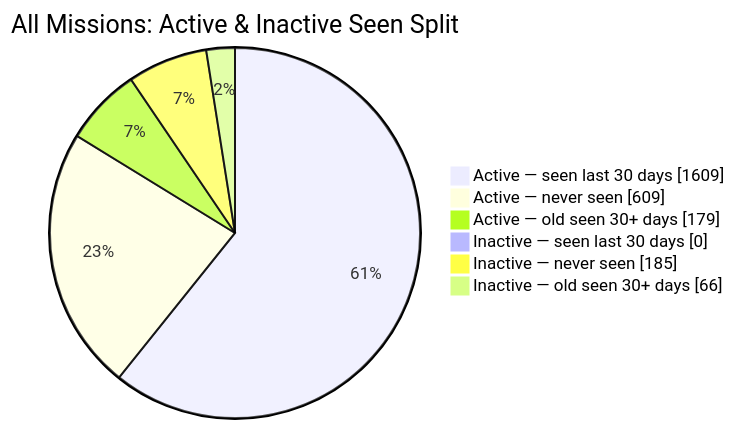
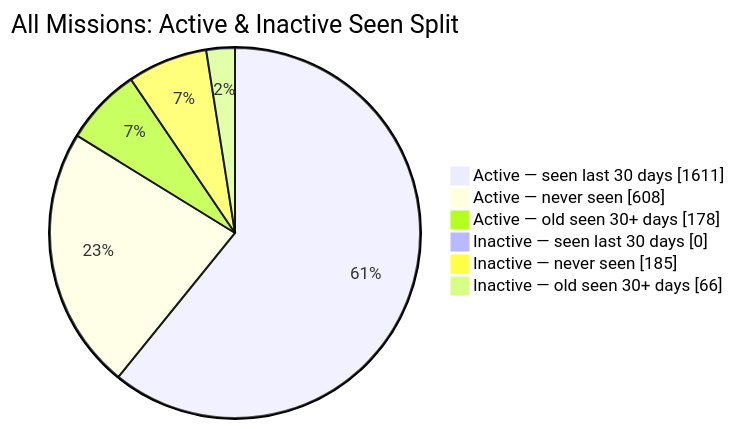
One commit to MeldkamerspelGameTeam/active-missions changed the second of 2 diagrams in README.md. Above: the diagram before and after it, drawn with Mermaid. The commit also changed other lines of this file and 3 other files, not shown here.

````diff
--- a/README.md
+++ b/README.md
@@ -44,10 +44,10 @@
 ```mermaid
 pie showData
     title All Missions: Active & Inactive Seen Split
-    "Active — seen last 30 days" : 1609
-    "Active — never seen" : 609
-    "Active — old seen 30+ days" : 179
+    "Active — seen last 30 days" : 1611
+    "Active — never seen" : 608
+    "Active — old seen 30+ days" : 178
     "Inactive — seen last 30 days" : 0
     "Inactive — never seen" : 185
     "Inactive — old seen 30+ days" : 66
 ```
````
